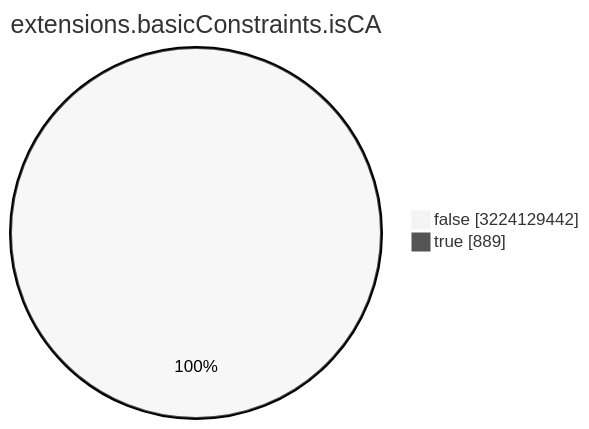
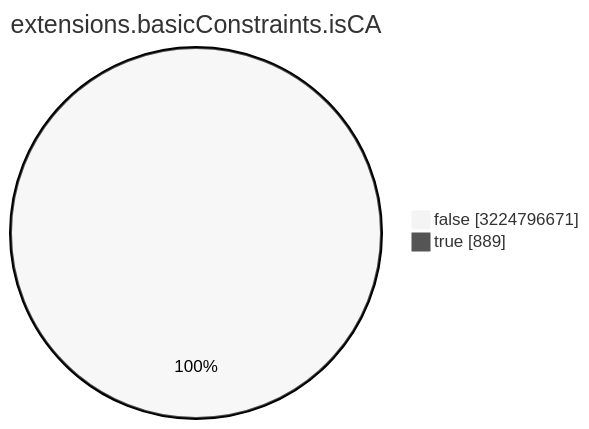
One commit to christiankrug/ctmonitor_visualization changed the seventh of 15 diagrams in TOTAL/README.md. Above: the diagram before and after it, drawn with Mermaid (neutral theme). The commit also changed other lines of this file, not shown here.

````diff
--- a/TOTAL/README.md
+++ b/TOTAL/README.md
@@ -3088,6 +3088,6 @@
 ```mermaid
 pie showData
 title extensions.basicConstraints.isCA
-"false" :3224129442
+"false" :3224796671
 "true" :889
 ```
````
